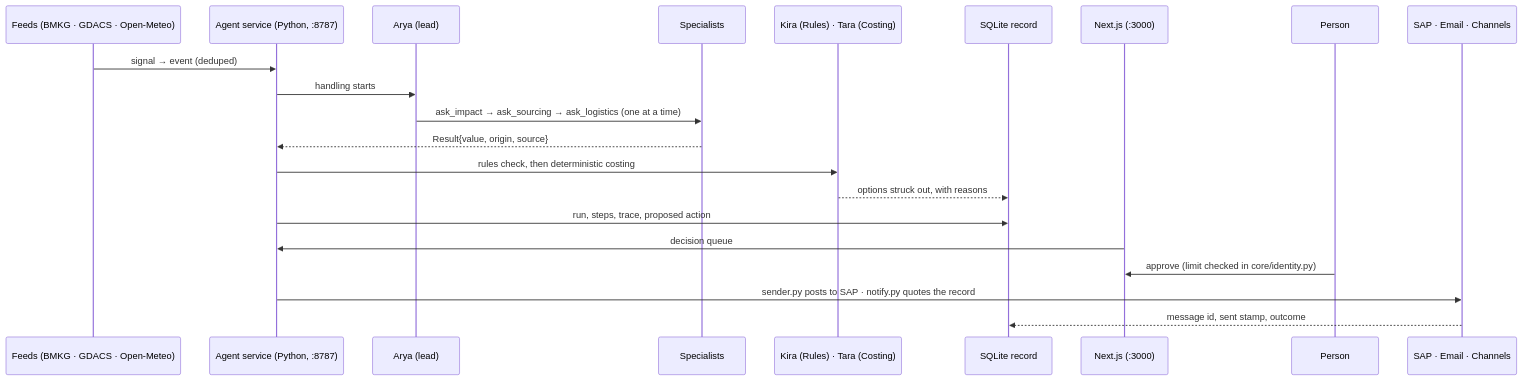
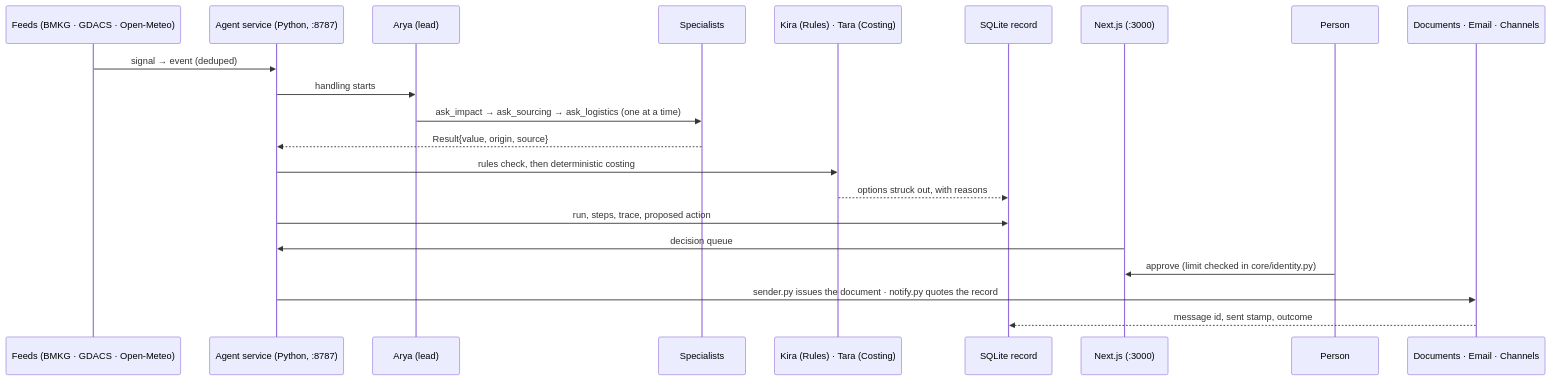
The fourth of 6 diagrams in README.md (maulana-tech/aera-app), drawn with Mermaid before and after one commit. The commit also changed other lines of this file and 413 other files, not shown here.

````diff
--- a/README.md
+++ b/README.md
@@ -603,24 +594,24 @@
 ```mermaid
 sequenceDiagram
     participant F as Feeds (BMKG · GDACS · Open-Meteo)
     participant API as Agent service (Python, :8787)
     participant A as Arya (lead)
     participant S as Specialists
     participant K as Kira (Rules) · Tara (Costing)
     participant DB as SQLite record
     participant W as Next.js (:3000)
     participant P as Person
-    participant X as SAP · Email · Channels
+    participant X as Documents · Email · Channels
 
     F->>API: signal → event (deduped)
     API->>A: handling starts
     A->>S: ask_impact → ask_sourcing → ask_logistics (one at a time)
     S-->>API: Result{value, origin, source}
     API->>K: rules check, then deterministic costing
     K-->>DB: options struck out, with reasons
     API->>DB: run, steps, trace, proposed action
     W->>API: decision queue
     P->>W: approve (limit checked in core/identity.py)
-    API->>X: sender.py posts to SAP · notify.py quotes the record
+    API->>X: sender.py issues the document · notify.py quotes the record
     X-->>DB: message id, sent stamp, outcome
 ```
````
